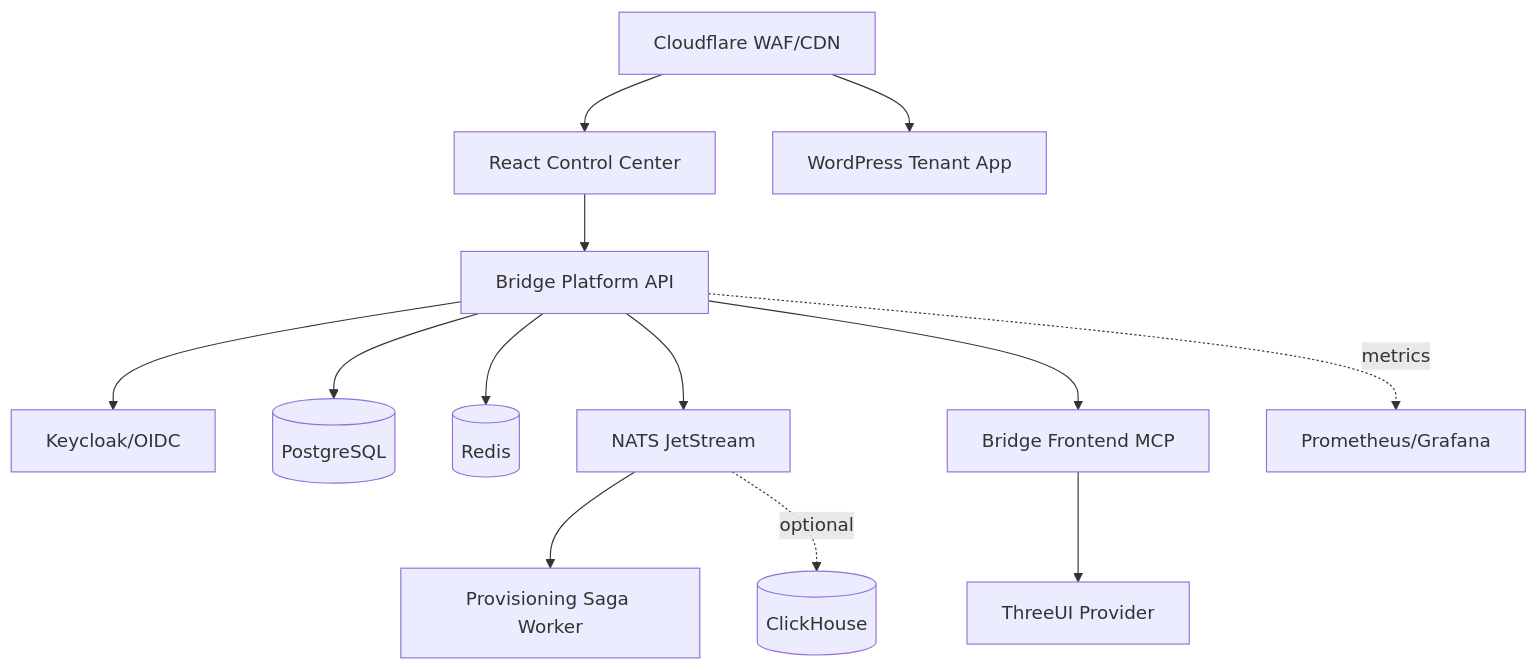
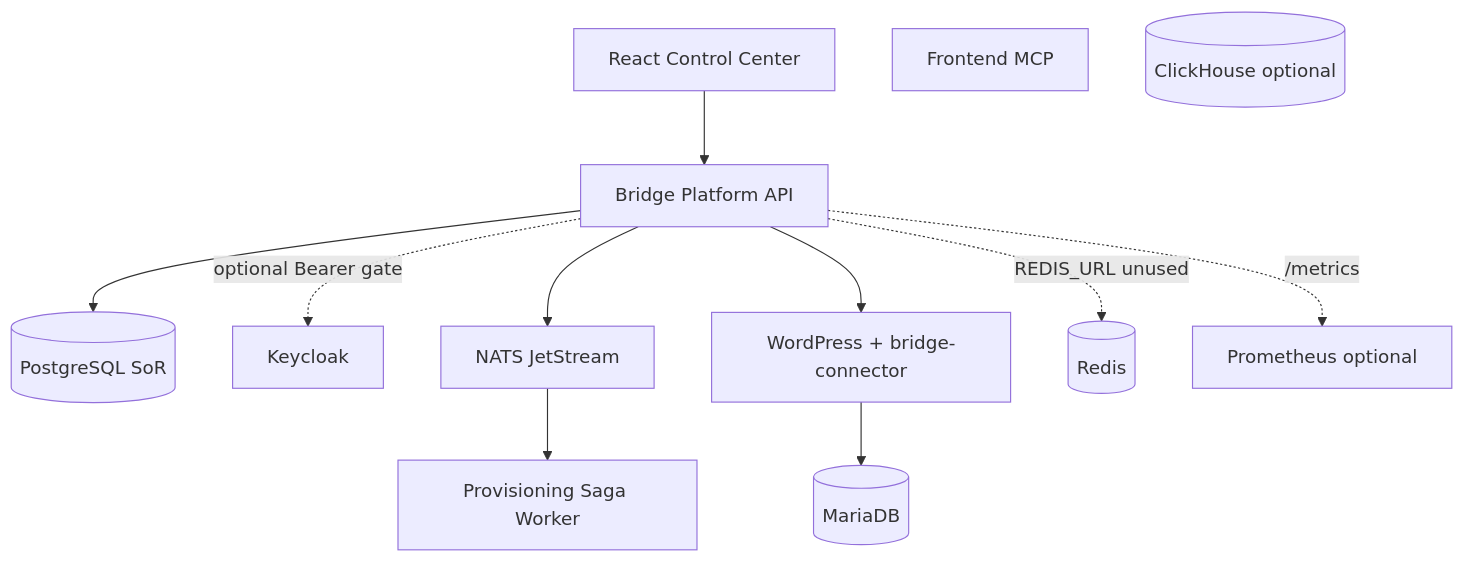
Before and after one commit to MarvelousME/ecosystem: the diagram in docs/ARCHITECTURE.md, drawn with Mermaid. The commit also changed other lines of this file and 64 other files, not shown here.

First line of the commit message:
consolidate Bridge into one control-plane platform kernel

````diff
--- a/docs/ARCHITECTURE.md
+++ b/docs/ARCHITECTURE.md
@@ -3,15 +16,14 @@
 ```mermaid
 graph TB
-  CF[Cloudflare WAF/CDN] --> UI[React Control Center]
-  CF --> WP[WordPress Tenant App]
-  UI --> API[Bridge Platform API]
-  API --> KC[Keycloak/OIDC]
-  API --> PG[(PostgreSQL)]
-  API --> R[(Redis)]
+  UI[React Control Center] --> API[Bridge Platform API]
+  API --> PG[(PostgreSQL SoR)]
+  API -. optional Bearer gate .-> KC[Keycloak]
   API --> N[NATS JetStream]
   N --> W[Provisioning Saga Worker]
-  API --> MCP[Bridge Frontend MCP]
-  MCP --> T[ThreeUI Provider]
-  N -. optional .-> CH[(ClickHouse)]
-  API -. metrics .-> P[Prometheus/Grafana]
+  API --> WP[WordPress + bridge-connector]
+  WP --> MY[(MariaDB)]
+  API -. REDIS_URL unused .-> R[(Redis)]
+  MCP[Frontend MCP]
+  CH[(ClickHouse optional)]
+  API -. /metrics .-> P[Prometheus optional]
 ```
````
